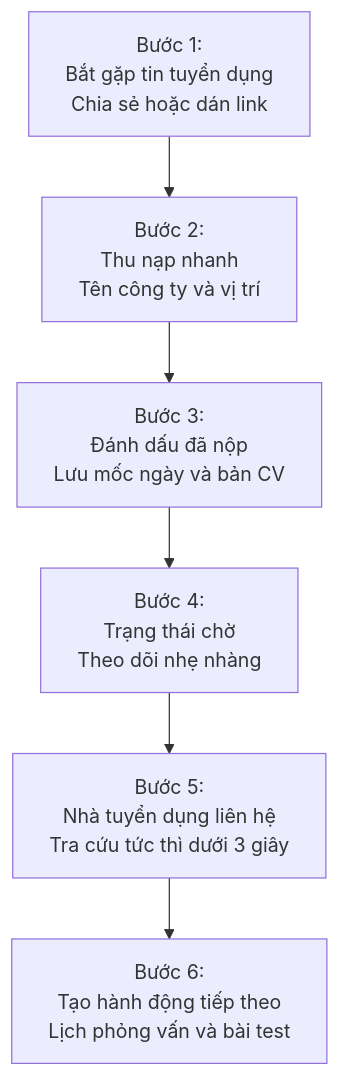
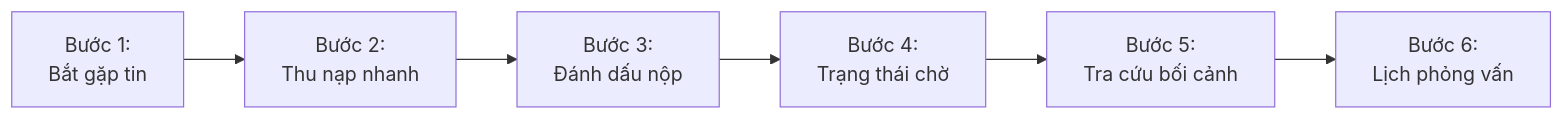
Before and after one commit to nguyengoctin/my_website: the first of 2 diagrams in content/posts/job-hunt-os-product-requirement-document.md, drawn with Mermaid. The commit also changed 32 other files, not shown here.

````diff
--- a/content/posts/job-hunt-os-product-requirement-document.md
+++ b/content/posts/job-hunt-os-product-requirement-document.md
@@ -40,14 +40,8 @@
 ```mermaid
-flowchart TD
-    FindJob["Bước 1:<br/>Bắt gặp tin tuyển dụng<br/>Chia sẻ hoặc dán link"]
-    QuickCap["Bước 2:<br/>Thu nạp nhanh<br/>Tên công ty và vị trí"]
-    AppliedEvt["Bước 3:<br/>Đánh dấu đã nộp<br/>Lưu mốc ngày và bản CV"]
-    IdleState["Bước 4:<br/>Trạng thái chờ<br/>Theo dõi nhẹ nhàng"]
-    RecruiterCall["Bước 5:<br/>Nhà tuyển dụng liên hệ<br/>Tra cứu tức thì dưới 3 giây"]
-    NextAct["Bước 6:<br/>Tạo hành động tiếp theo<br/>Lịch phỏng vấn và bài test"]
-    FindJob --> QuickCap
-    QuickCap --> AppliedEvt
-    AppliedEvt --> IdleState
-    IdleState --> RecruiterCall
-    RecruiterCall --> NextAct
+flowchart LR
+    FindJob["Bước 1:<br/>Bắt gặp tin"] --> QuickCap["Bước 2:<br/>Thu nạp nhanh"]
+    QuickCap --> AppliedEvt["Bước 3:<br/>Đánh dấu nộp"]
+    AppliedEvt --> IdleState["Bước 4:<br/>Trạng thái chờ"]
+    IdleState --> RecruiterCall["Bước 5:<br/>Tra cứu bối cảnh"]
+    RecruiterCall --> NextAct["Bước 6:<br/>Lịch phỏng vấn"]
 ```
````
